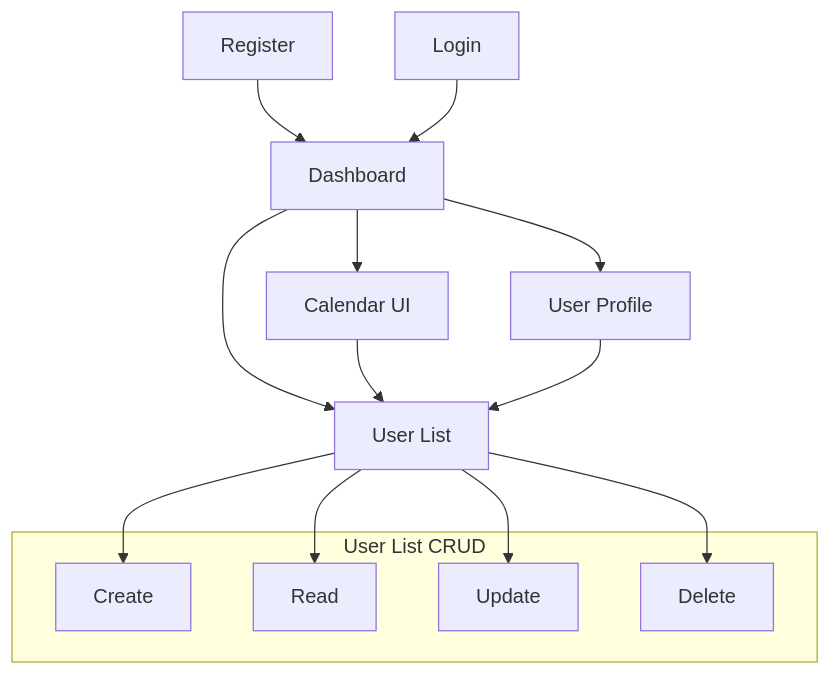
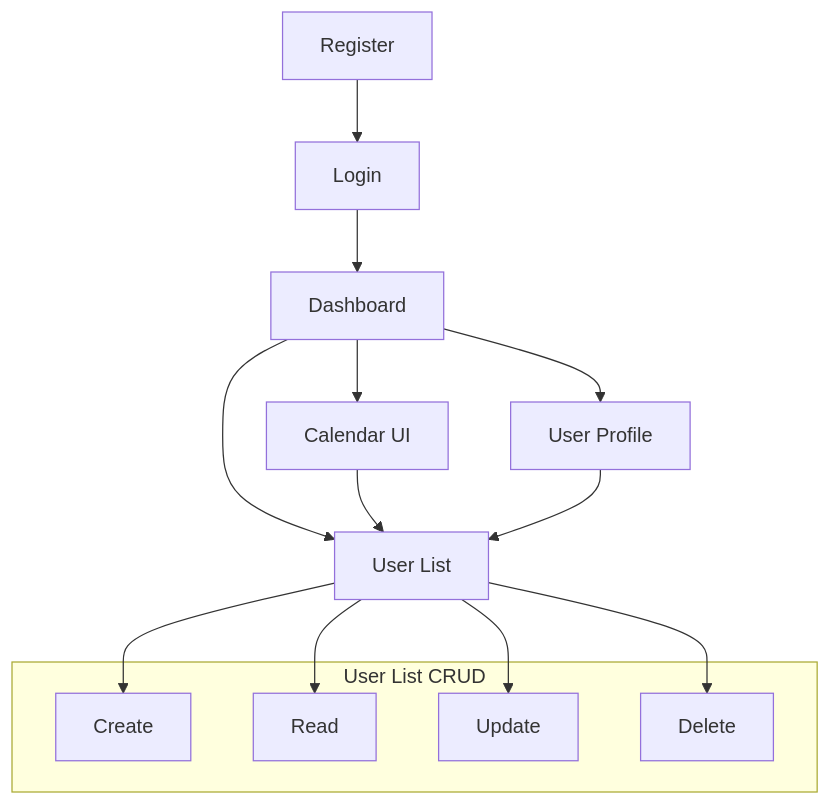
Before and after one commit to wakidurrahman/meeting-schedule-apps: the first of 8 diagrams in README.md, drawn with Mermaid.

````diff
--- a/README.md
+++ b/README.md
@@ -28,24 +28,24 @@
 ```mermaid
 graph TD
-  Register["Register"] --> Dashboard["Dashboard"]
+  Register["Register"] --> Login["Login"]
   Login["Login"] --> Dashboard
 
   Dashboard --> UserProfile["User Profile"]
   Dashboard --> Calendar["Calendar UI"]
   Dashboard --> UserList["User List"]
 
   Calendar --> UserList
   UserProfile --> UserList
 
   subgraph "User List CRUD"
     Create["Create"]
     Read["Read"]
     Update["Update"]
     Delete["Delete"]
   end
 
   UserList --> Create
   UserList --> Read
   UserList --> Update
   UserList --> Delete
 ```
````
